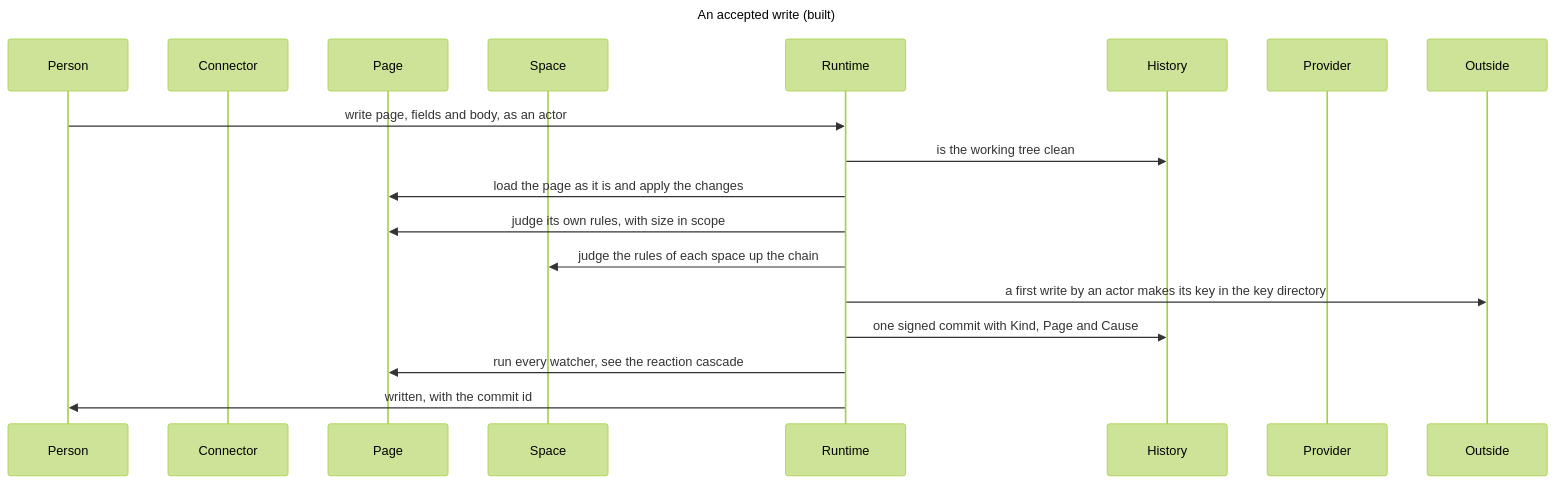
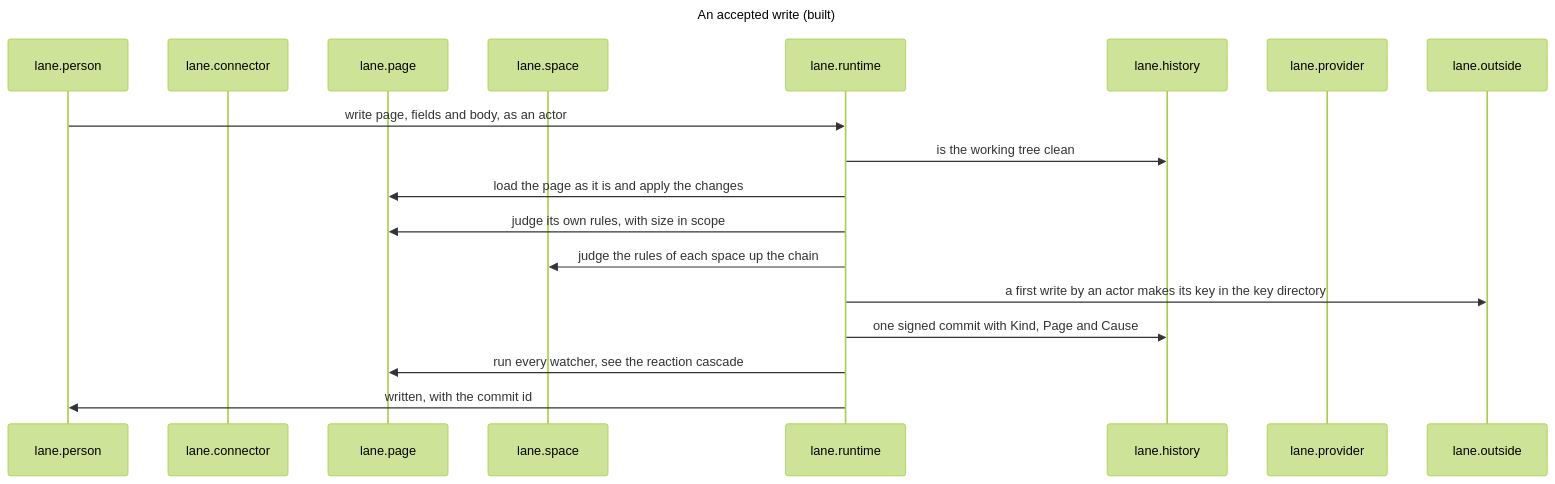
The second of 29 diagrams in docs/reference/architecture.md (drksci/conky), drawn with Mermaid (forest theme) before and after one commit. The commit also changed other lines of this file and 84 other files, not shown here.

First line of the commit message:
refactor: give every part of the architecture a dotted name

````diff
--- a/docs/reference/architecture.md
+++ b/docs/reference/architecture.md
@@ -274,23 +278,23 @@
 ```mermaid
 ---
 title: An accepted write (built)
 ---
 sequenceDiagram
-    participant Person
-    participant Connector
-    participant Page
-    participant Space
-    participant Runtime
-    participant History
-    participant Provider
-    participant Outside
-    Person->>Runtime: write page, fields and body, as an actor
-    Runtime->>History: is the working tree clean
-    Runtime->>Page: load the page as it is and apply the changes
-    Runtime->>Page: judge its own rules, with size in scope
-    Runtime->>Space: judge the rules of each space up the chain
-    Runtime->>Outside: a first write by an actor makes its key in the key directory
-    Runtime->>History: one signed commit with Kind, Page and Cause
-    Runtime->>Page: run every watcher, see the reaction cascade
-    Runtime->>Person: written, with the commit id
+    participant lane.person
+    participant lane.connector
+    participant lane.page
+    participant lane.space
+    participant lane.runtime
+    participant lane.history
+    participant lane.provider
+    participant lane.outside
+    lane.person->>lane.runtime: write page, fields and body, as an actor
+    lane.runtime->>lane.history: is the working tree clean
+    lane.runtime->>lane.page: load the page as it is and apply the changes
+    lane.runtime->>lane.page: judge its own rules, with size in scope
+    lane.runtime->>lane.space: judge the rules of each space up the chain
+    lane.runtime->>lane.outside: a first write by an actor makes its key in the key directory
+    lane.runtime->>lane.history: one signed commit with Kind, Page and Cause
+    lane.runtime->>lane.page: run every watcher, see the reaction cascade
+    lane.runtime->>lane.person: written, with the commit id
 ```
````
